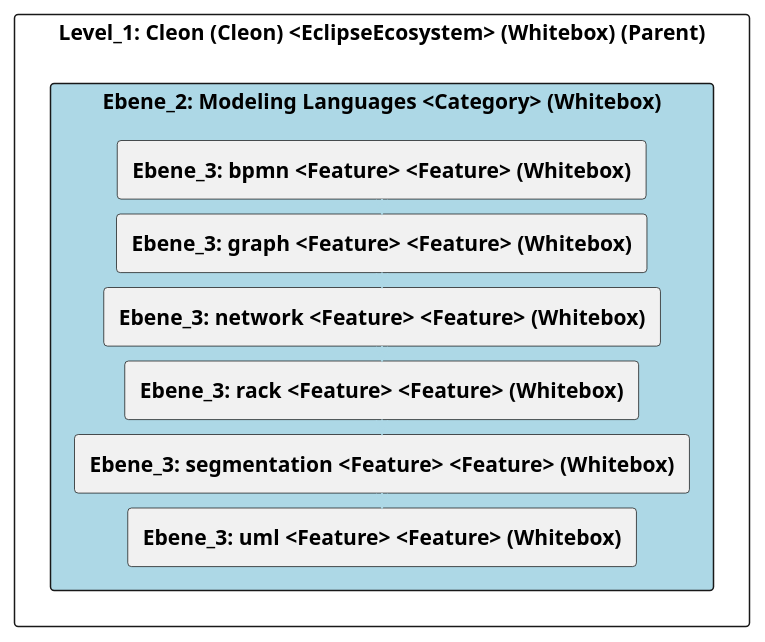
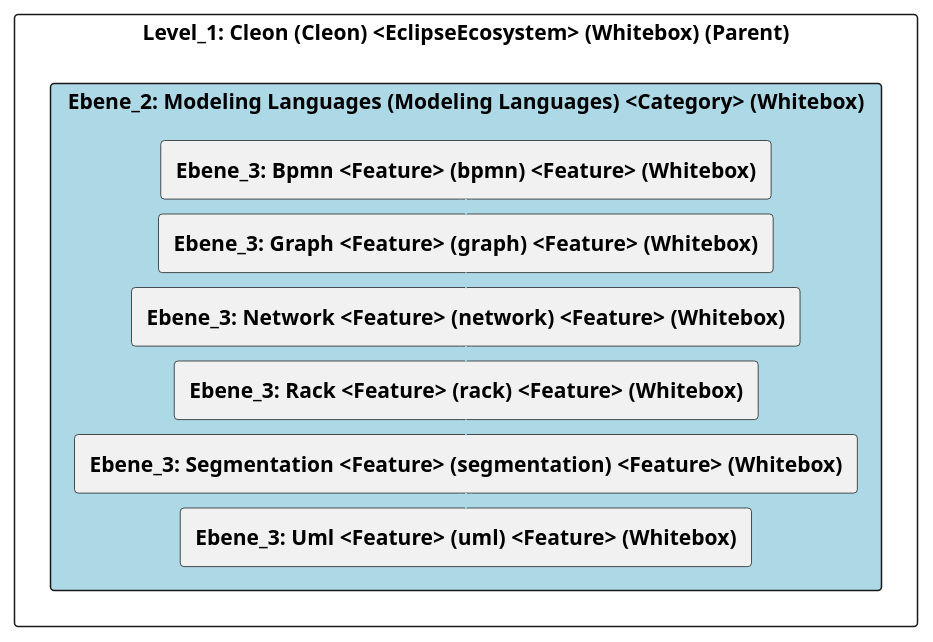
Before and after one commit to marcozwyssig/cleon: the diagram in doc/cleonproject_deliverables_architecture_model_architecture/adoc/de/05_bausteinsicht/cleon/modeling_languages/ebene_2_modeling_languages.adoc, drawn with PlantUML. The commit also changed other lines of this file and 166 other files, not shown here.

```diff
--- a/doc/cleonproject_deliverables_architecture_model_architecture/adoc/de/05_bausteinsicht/cleon/modeling_languages/ebene_2_modeling_languages.adoc
+++ b/doc/cleonproject_deliverables_architecture_model_architecture/adoc/de/05_bausteinsicht/cleon/modeling_languages/ebene_2_modeling_languages.adoc
@@ -21,36 +21,36 @@
-[plantuml, Ebene_2: Modeling Languages <Category> (Whitebox)BlockOverview, format="svg"]
+[plantuml, Ebene_2: Modeling Languages (Modeling Languages) <Category> (Whitebox)BlockOverview, format="svg"]
 ----
-@startuml Ebene_2: Modeling Languages <Category> (Whitebox)BuildingBlockOverview
+@startuml Ebene_2: Modeling Languages (Modeling Languages) <Category> (Whitebox)BuildingBlockOverview
 
 skinparam ranksep 10
 skinparam componentStyle rectangle
 skinparam shadowing false
 skinparam arrowColor lightblue
 skinparam arrowThickness 1.2
 skinparam rectangle {
   BackgroundColor White
   BorderColor #333
   RoundCorner 10
 }
 top to bottom direction
 
 component "Level_1: Cleon (Cleon) <EclipseEcosystem> (Whitebox) (Parent)" {
-    component "Ebene_2: Modeling Languages <Category> (Whitebox)" #lightblue {
-        [**Ebene_3: bpmn <Feature> <Feature> (Whitebox)**] as 49057F38_D579_11EE_903E_9F564E4DE07E
-        [**Ebene_3: graph <Feature> <Feature> (Whitebox)**] as 4905A651_D579_11EE_903E_9F564E4DE07E
-        [**Ebene_3: network <Feature> <Feature> (Whitebox)**] as 49055821_D579_11EE_903E_9F564E4DE07E
-        [**Ebene_3: rack <Feature> <Feature> (Whitebox)**] as 4905A653_D579_11EE_903E_9F564E4DE07E
-        [**Ebene_3: segmentation <Feature> <Feature> (Whitebox)**] as 49057F37_D579_11EE_903E_9F564E4DE07E
-        [**Ebene_3: uml <Feature> <Feature> (Whitebox)**] as 49057F3A_D579_11EE_903E_9F564E4DE07E
+    component "Ebene_2: Modeling Languages (Modeling Languages) <Category> (Whitebox)" #lightblue {
+        [**Ebene_3: Bpmn <Feature> (bpmn) <Feature> (Whitebox)**] as 49057F38_D579_11EE_903E_9F564E4DE07E
+        [**Ebene_3: Graph <Feature> (graph) <Feature> (Whitebox)**] as 4905A651_D579_11EE_903E_9F564E4DE07E
+        [**Ebene_3: Network <Feature> (network) <Feature> (Whitebox)**] as 49055821_D579_11EE_903E_9F564E4DE07E
+        [**Ebene_3: Rack <Feature> (rack) <Feature> (Whitebox)**] as 4905A653_D579_11EE_903E_9F564E4DE07E
+        [**Ebene_3: Segmentation <Feature> (segmentation) <Feature> (Whitebox)**] as 49057F37_D579_11EE_903E_9F564E4DE07E
+        [**Ebene_3: Uml <Feature> (uml) <Feature> (Whitebox)**] as 49057F3A_D579_11EE_903E_9F564E4DE07E
     }
 
     49057F38_D579_11EE_903E_9F564E4DE07E -down-> 4905A651_D579_11EE_903E_9F564E4DE07E
     4905A651_D579_11EE_903E_9F564E4DE07E -down-> 49055821_D579_11EE_903E_9F564E4DE07E
     49055821_D579_11EE_903E_9F564E4DE07E -down-> 4905A653_D579_11EE_903E_9F564E4DE07E
     4905A653_D579_11EE_903E_9F564E4DE07E -down-> 49057F37_D579_11EE_903E_9F564E4DE07E
     49057F37_D579_11EE_903E_9F564E4DE07E -down-> 49057F3A_D579_11EE_903E_9F564E4DE07E
     
 }
 
 @enduml
 ----
```
